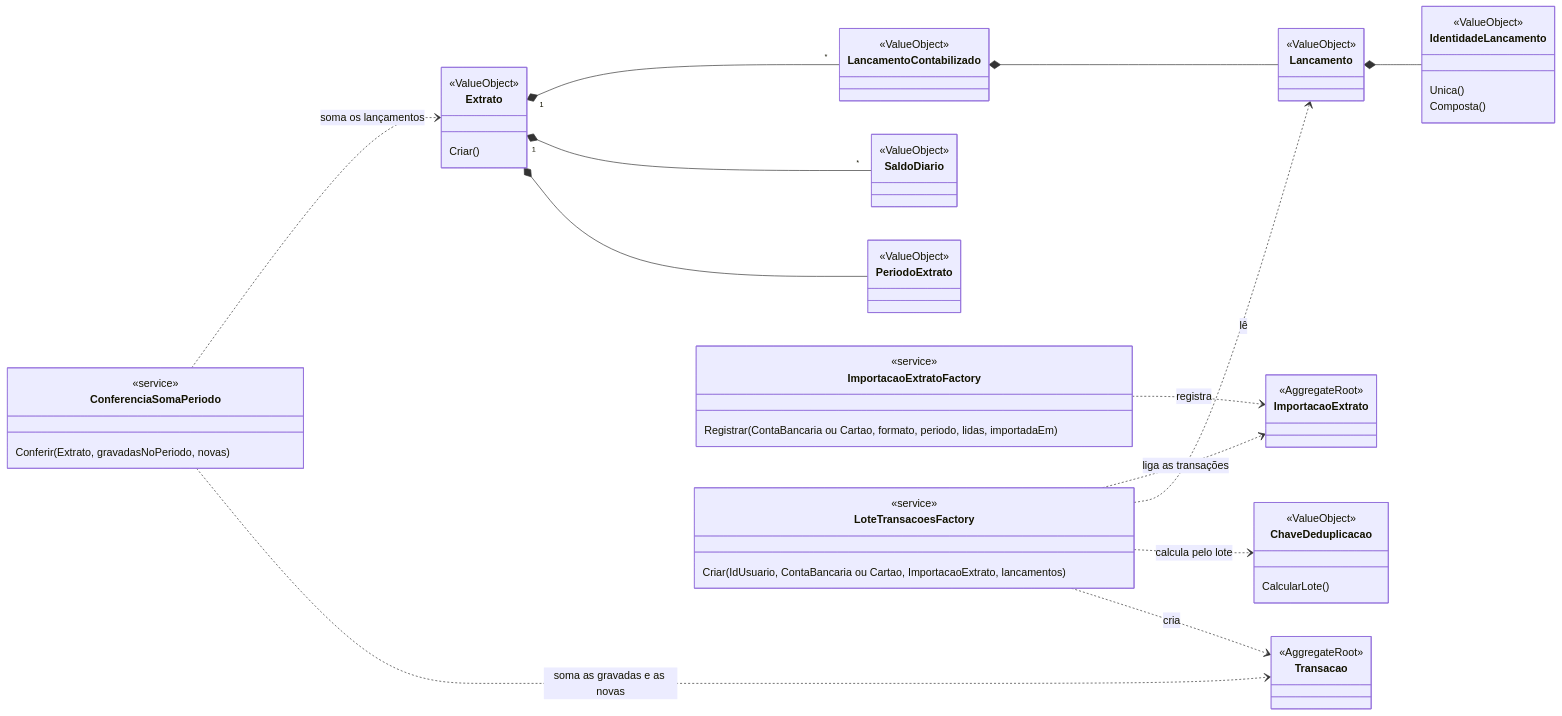
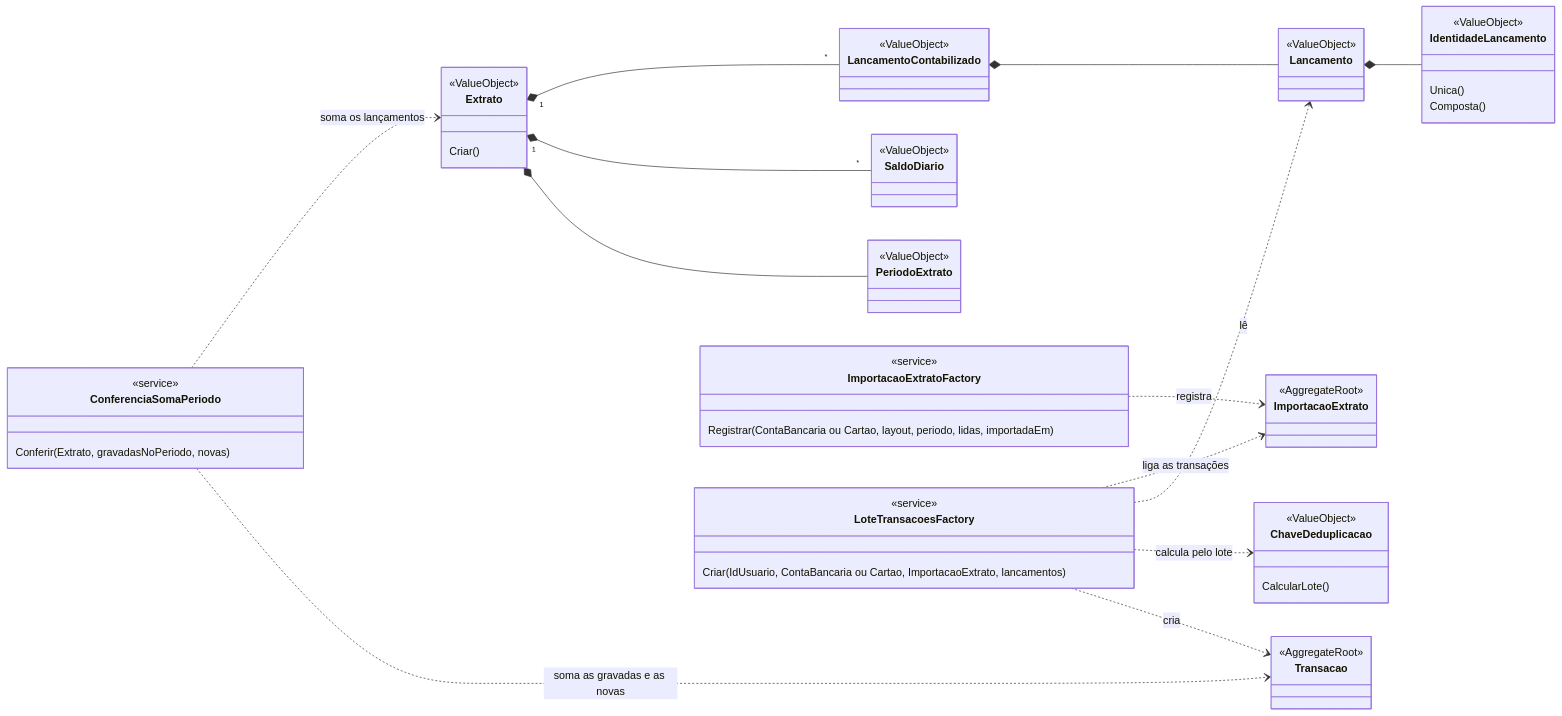
One commit to humbertosampaio/controle-financeiro changed the second of 2 diagrams in docs/modelo-de-dominio.md. Above: the diagram before and after it, drawn with Mermaid. The commit also changed other lines of this file and 20 other files, not shown here.

First line of the commit message:
refactor(importacao): Renomeia o formato do extrato para layout do arquivo importado

````diff
--- a/docs/modelo-de-dominio.md
+++ b/docs/modelo-de-dominio.md
@@ -154,61 +154,61 @@
 ```mermaid
 classDiagram
     direction LR
 
     class Extrato {
         <<ValueObject>>
         Criar()
     }
     class LancamentoContabilizado {
         <<ValueObject>>
     }
     class Lancamento {
         <<ValueObject>>
     }
     class IdentidadeLancamento {
         <<ValueObject>>
         Unica()
         Composta()
     }
     class SaldoDiario {
         <<ValueObject>>
     }
     class PeriodoExtrato {
         <<ValueObject>>
     }
     class ChaveDeduplicacao {
         <<ValueObject>>
         CalcularLote()
     }
     class ConferenciaSomaPeriodo {
         <<service>>
         Conferir(Extrato, gravadasNoPeriodo, novas)
     }
     class ImportacaoExtratoFactory {
         <<service>>
-        Registrar(ContaBancaria ou Cartao, formato, periodo, lidas, importadaEm)
+        Registrar(ContaBancaria ou Cartao, layout, periodo, lidas, importadaEm)
     }
     class LoteTransacoesFactory {
         <<service>>
         Criar(IdUsuario, ContaBancaria ou Cartao, ImportacaoExtrato, lancamentos)
     }
     class ImportacaoExtrato {
         <<AggregateRoot>>
     }
     class Transacao {
         <<AggregateRoot>>
     }
 
     Extrato "1" *-- "*" LancamentoContabilizado
     Extrato "1" *-- "*" SaldoDiario
     Extrato *-- PeriodoExtrato
     LancamentoContabilizado *-- Lancamento
     Lancamento *-- IdentidadeLancamento
     ConferenciaSomaPeriodo ..> Extrato : soma os lançamentos
     ConferenciaSomaPeriodo ..> Transacao : soma as gravadas e as novas
     ImportacaoExtratoFactory ..> ImportacaoExtrato : registra
     LoteTransacoesFactory ..> ImportacaoExtrato : liga as transações
     LoteTransacoesFactory ..> Lancamento : lê
     LoteTransacoesFactory ..> ChaveDeduplicacao : calcula pelo lote
     LoteTransacoesFactory ..> Transacao : cria
 ```
````
